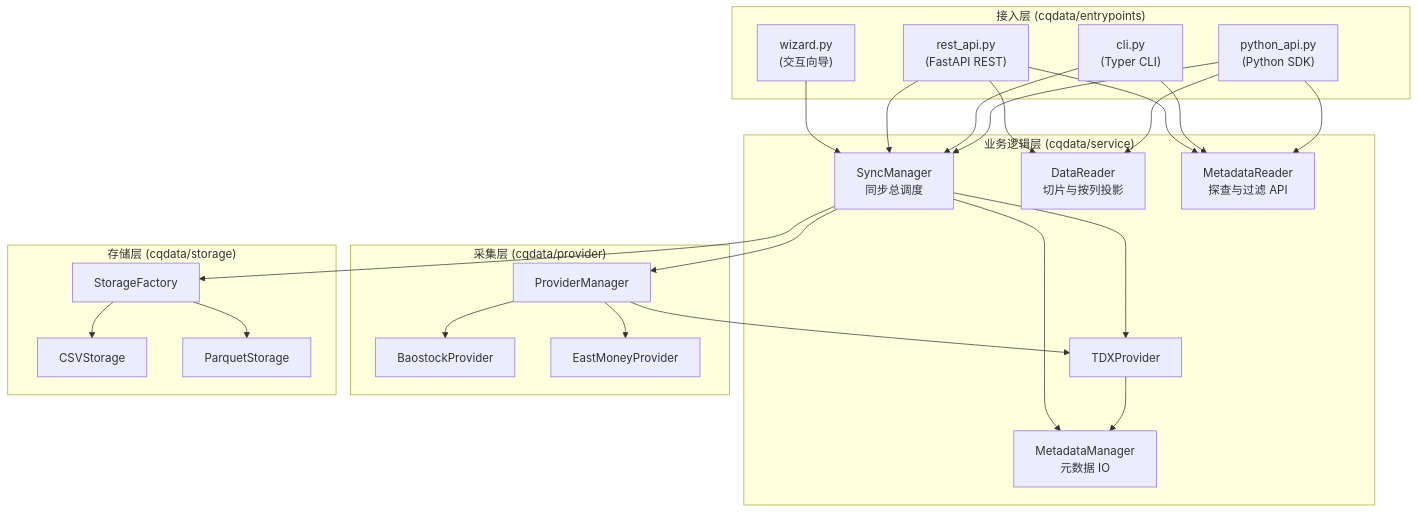
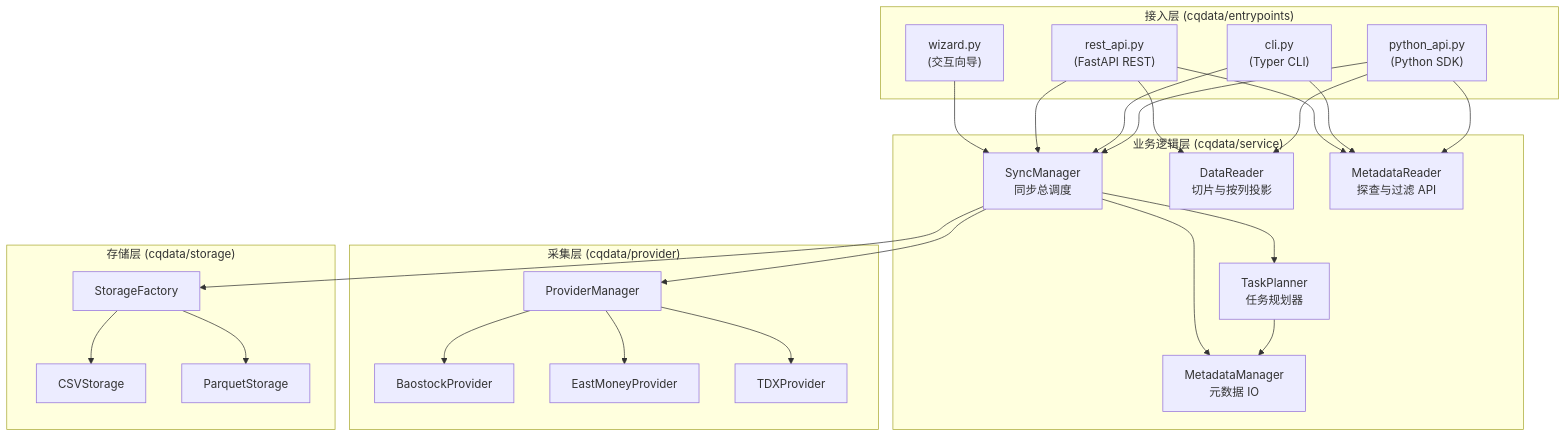
The diagram in README.md (CRThu/CarrotQuant.Data), drawn with Mermaid before and after one commit. The commit also changed other lines of this file and 2 other files, not shown here.

Commit message:
docs: add example script for data synchronization and update project README

````diff
--- a/README.md
+++ b/README.md
@@ -42,51 +42,51 @@
 ```mermaid
 graph TB
     subgraph Entrypoints["接入层 (cqdata/entrypoints)"]
         PYTHON_API["python_api.py<br/>(Python SDK)"]
         CLI["cli.py<br/>(Typer CLI)"]
         REST["rest_api.py<br/>(FastAPI REST)"]
         WIZARD["wizard.py<br/>(交互向导)"]
     end
 
     subgraph Service["业务逻辑层 (cqdata/service)"]
         SM["SyncManager<br/>同步总调度"]
         DR["DataReader<br/>切片与按列投影"]
         MR["MetadataReader<br/>探查与过滤 API"]
-        TP["TaskPlanner<br/>任务规划器"]
+        TASK_PLANNER["TaskPlanner<br/>任务规划器"]
         MM["MetadataManager<br/>元数据 IO"]
     end
 
     subgraph Provider["采集层 (cqdata/provider)"]
         PM["ProviderManager"]
         BP["BaostockProvider"]
         EP["EastMoneyProvider"]
-        TP["TDXProvider"]
+        TDX_PROV["TDXProvider"]
     end
 
     subgraph Storage["存储层 (cqdata/storage)"]
         SF["StorageFactory"]
         CSV["CSVStorage"]
         PQ["ParquetStorage"]
     end
 
     PYTHON_API --> DR
     PYTHON_API --> MR
     PYTHON_API --> SM
     CLI --> SM
     CLI --> MR
     REST --> DR
     REST --> MR
     REST --> SM
     WIZARD --> SM
 
-    SM --> TP
+    SM --> TASK_PLANNER
     SM --> PM
     SM --> SF
-    TP --> MM
+    TASK_PLANNER --> MM
     SM --> MM
     PM --> BP
     PM --> EP
-    PM --> TP
+    PM --> TDX_PROV
     SF --> CSV
     SF --> PQ
 ```
````
